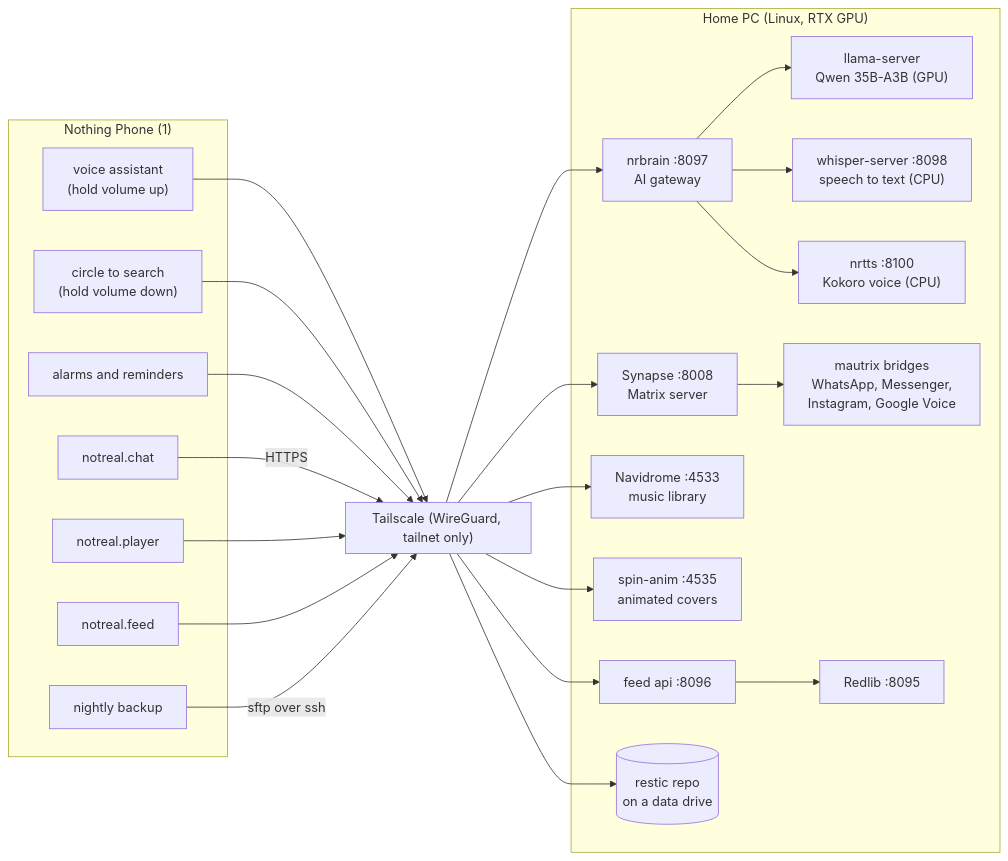
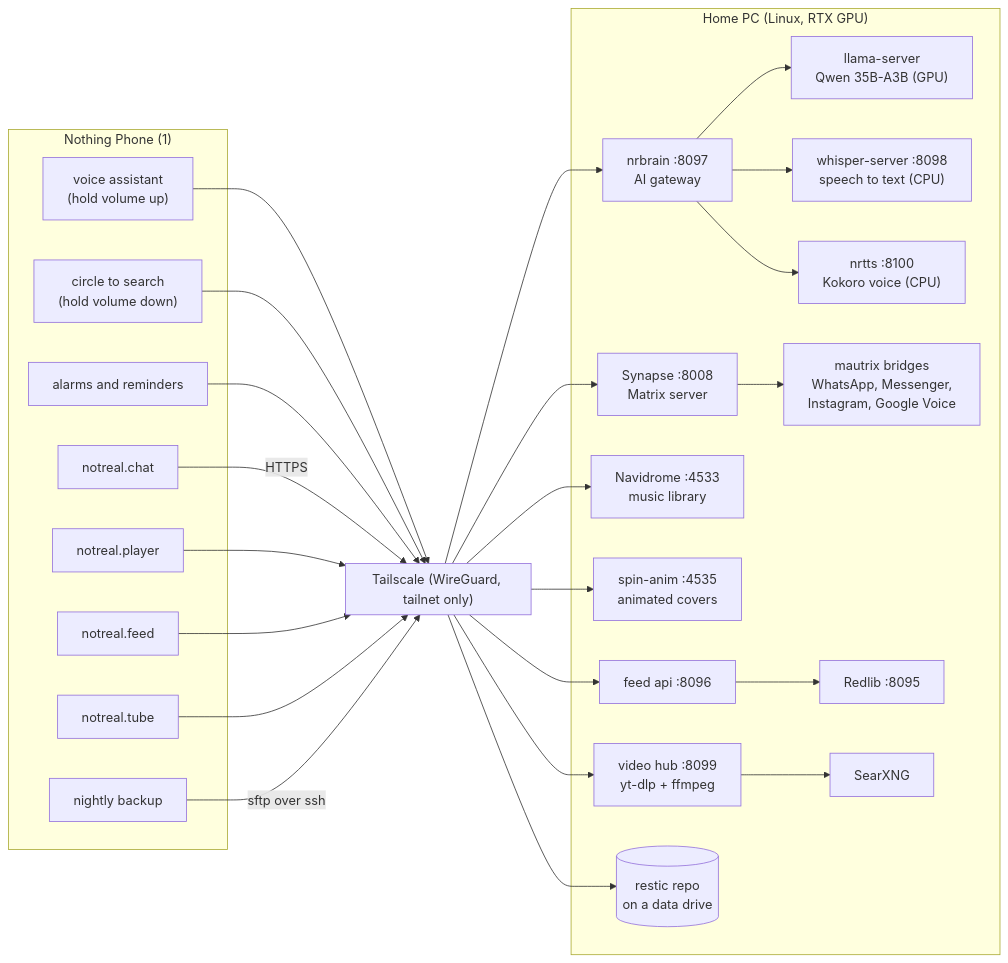
Before and after one commit to notrealOS/NotrealOS: the diagram in docs/pc-link.md, drawn with Mermaid. The commit also changed other lines of this file and 39 other files, not shown here.

First line of the commit message:
notreal.tube: one video hub for YouTube, TikTok, Instagram and Vimeo; app updates since 10-18

````diff
--- a/docs/pc-link.md
+++ b/docs/pc-link.md
@@ -11,36 +11,40 @@
 ```mermaid
 flowchart LR
     subgraph phone["Nothing Phone (1)"]
         voiced["voice assistant<br/>(hold volume up)"]
         circle["circle to search<br/>(hold volume down)"]
         alarm["alarms and reminders"]
         chat["notreal.chat"]
         player["notreal.player"]
         feed["notreal.feed"]
+        tube["notreal.tube"]
         backup["nightly backup"]
     end
 
     subgraph ts["Tailscale (WireGuard, tailnet only)"]
     end
 
     subgraph pc["Home PC (Linux, RTX GPU)"]
         brain["nrbrain :8097<br/>AI gateway"]
         llm["llama-server<br/>Qwen 35B-A3B (GPU)"]
         whisper["whisper-server :8098<br/>speech to text (CPU)"]
         tts["nrtts :8100<br/>Kokoro voice (CPU)"]
         synapse["Synapse :8008<br/>Matrix server"]
         bridges["mautrix bridges<br/>WhatsApp, Messenger,<br/>Instagram, Google Voice"]
         navidrome["Navidrome :4533<br/>music library"]
         anim["spin-anim :4535<br/>animated covers"]
         redlib["Redlib :8095"]
         api["feed api :8096"]
+        hub["video hub :8099<br/>yt-dlp + ffmpeg"]
+        searx["SearXNG"]
         storage[("restic repo<br/>on a data drive")]
     end
 
     voiced & circle & alarm --> ts --> brain
     brain --> llm & whisper & tts
     chat -->|HTTPS| ts --> synapse --> bridges
     player --> ts --> navidrome & anim
     feed --> ts --> api --> redlib
+    tube --> ts --> hub --> searx
     backup -->|sftp over ssh| ts --> storage
 ```
````
